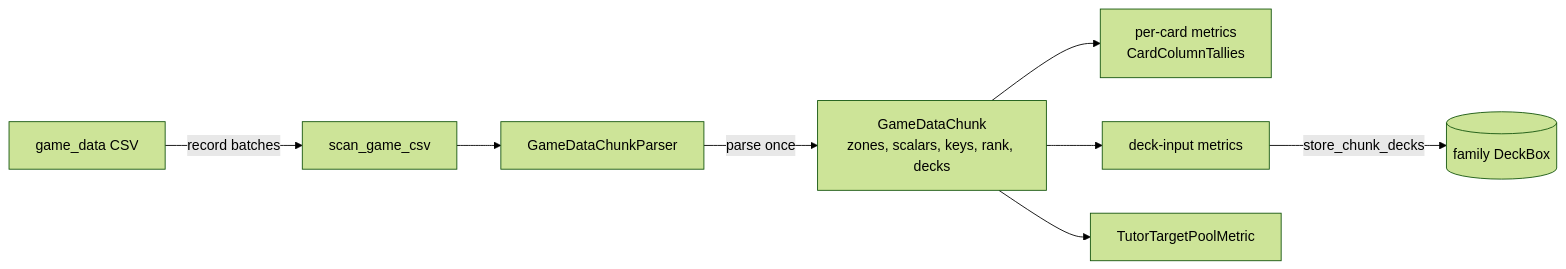
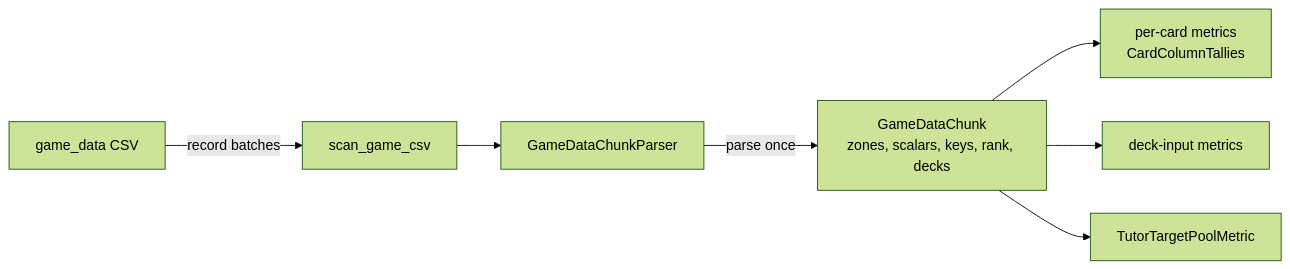
Before and after one commit to toon-leader-bacon/TradingCardGameEmbeddings: the diagram in src/data_refinement/metrics/seventeenlands/game_data/README.md, drawn with Mermaid (forest theme). The commit also changed other lines of this file and 10 other files, not shown here.

````diff
--- a/src/data_refinement/metrics/seventeenlands/game_data/README.md
+++ b/src/data_refinement/metrics/seventeenlands/game_data/README.md
@@ -204,10 +218,9 @@
 ```mermaid
 flowchart LR
     csv[game_data CSV] -->|record batches| scanner[scan_game_csv]
     parser[GameDataChunkParser] -->|parse once| chunk[GameDataChunk<br/>zones, scalars, keys, rank, decks]
     scanner --> parser
     chunk --> card[per-card metrics<br/>CardColumnTallies]
     chunk --> deck[deck-input metrics]
     chunk --> pool[TutorTargetPoolMetric]
-    deck -->|store_chunk_decks| box[(family DeckBox)]
 ```
````
